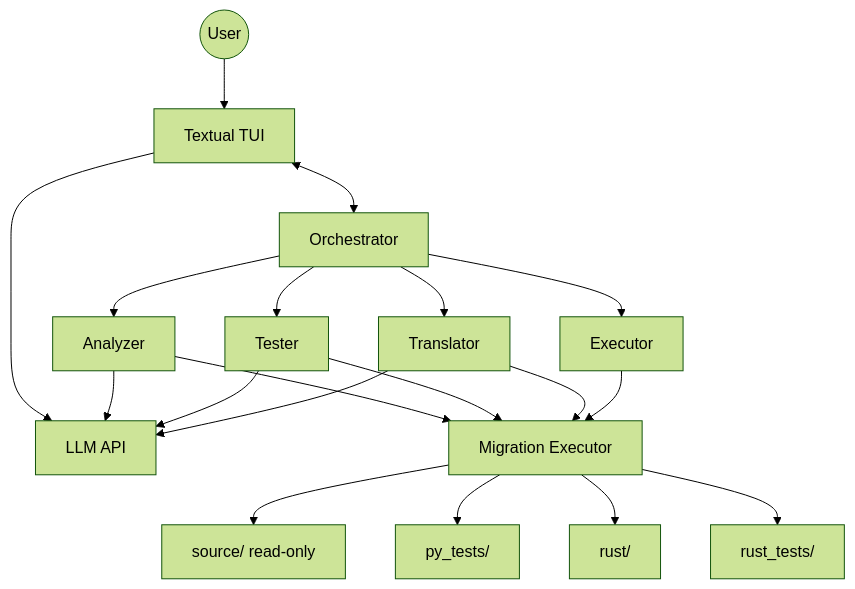
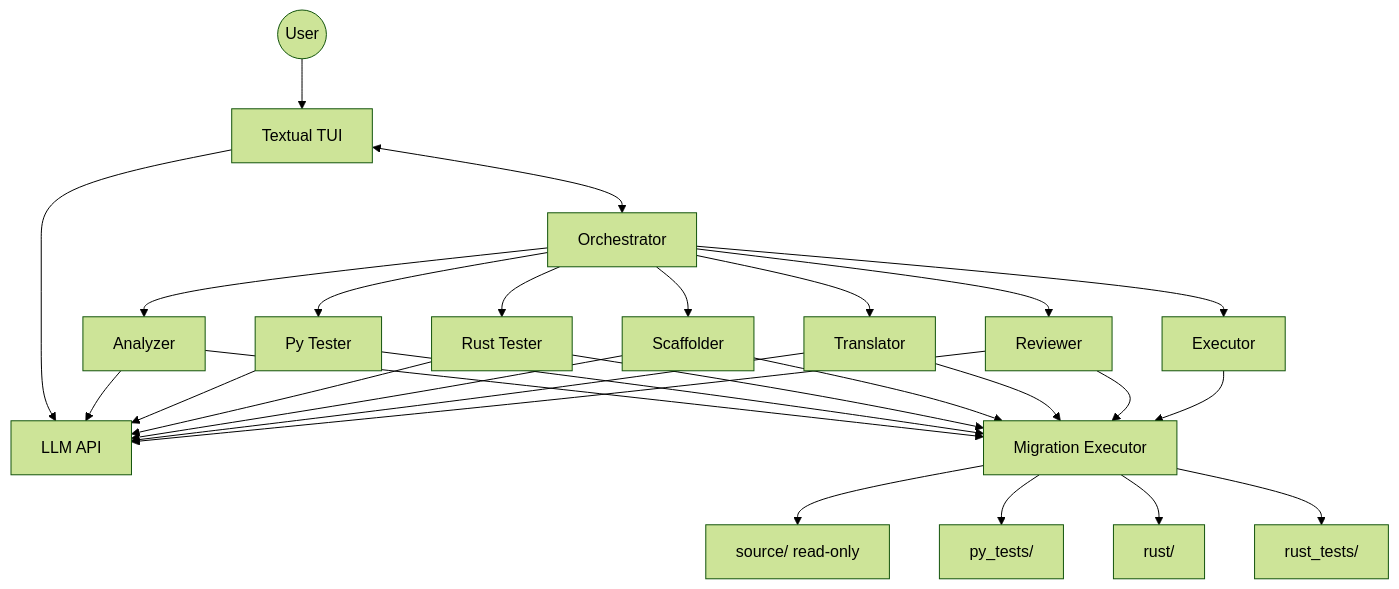
One commit to Haaparanta/AaltoAI-Ai-For-Good changed the first of 2 diagrams in README.md. Above: the diagram before and after it, drawn with Mermaid (forest theme). The commit also changed other lines of this file and 20 other files, not shown here.

````diff
--- a/README.md
+++ b/README.md
@@ -7,25 +7,34 @@
 ```mermaid
 flowchart TB
     User((User)) --> TUI[Textual TUI]
     TUI --> LLM[LLM API]
     TUI <--> Orch[Orchestrator]
 
     Orch --> Analyzer
-    Orch --> Tester
+    Orch --> PyTester[Py Tester]
+    Orch --> RustTester[Rust Tester]
+    Orch --> Scaffolder
     Orch --> Translator
+    Orch --> Reviewer
     Orch --> Exec[Executor]
 
     Analyzer --> LLM
-    Tester --> LLM
+    PyTester --> LLM
+    RustTester --> LLM
+    Scaffolder --> LLM
     Translator --> LLM
+    Reviewer --> LLM
 
     Analyzer --> ME[Migration Executor]
-    Tester --> ME
+    PyTester --> ME
+    RustTester --> ME
+    Scaffolder --> ME
     Translator --> ME
+    Reviewer --> ME
     Exec --> ME
 
     ME --> Source[source/ read-only]
     ME --> Py[py_tests/]
     ME --> Ru[rust/]
     ME --> RT[rust_tests/]
 ```
````
